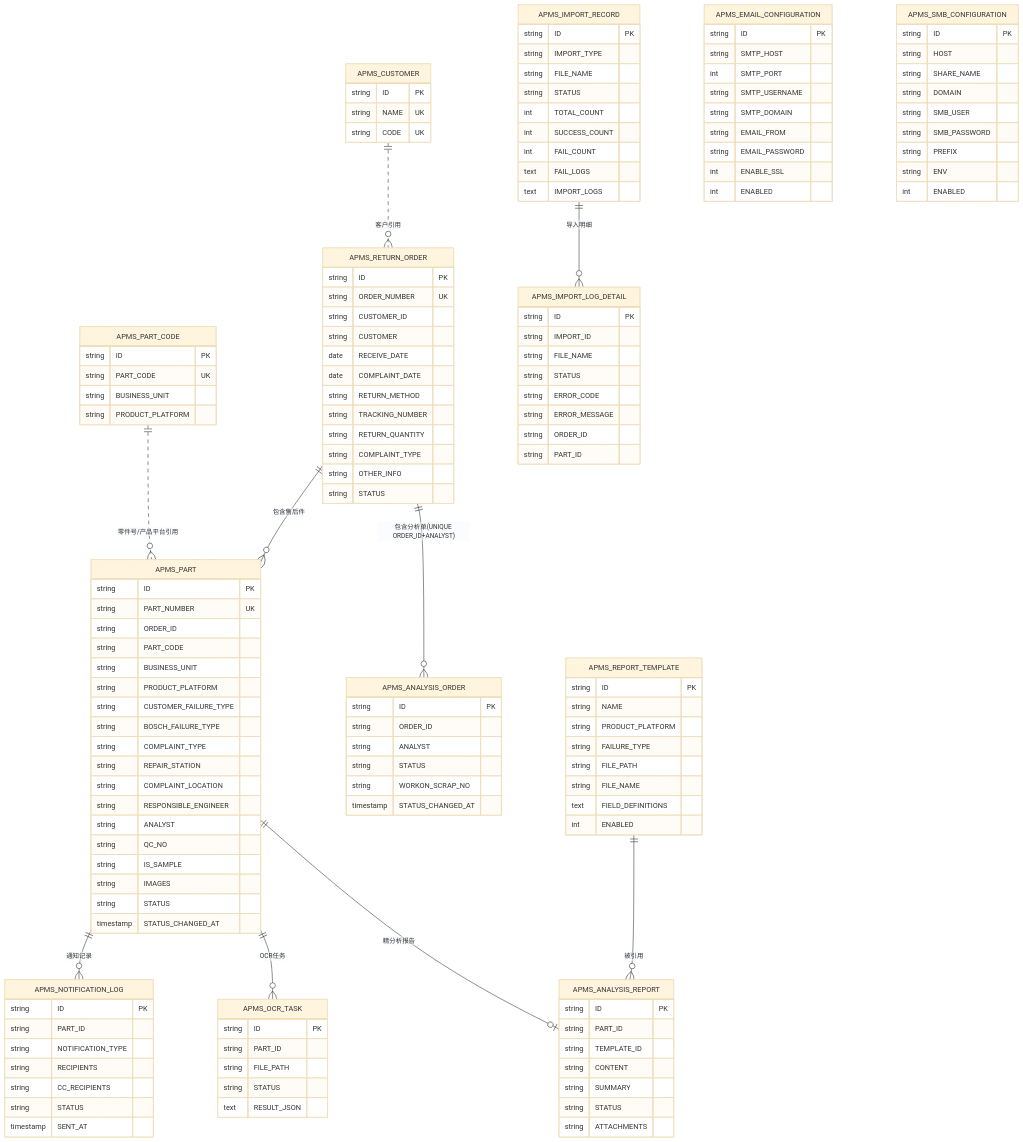
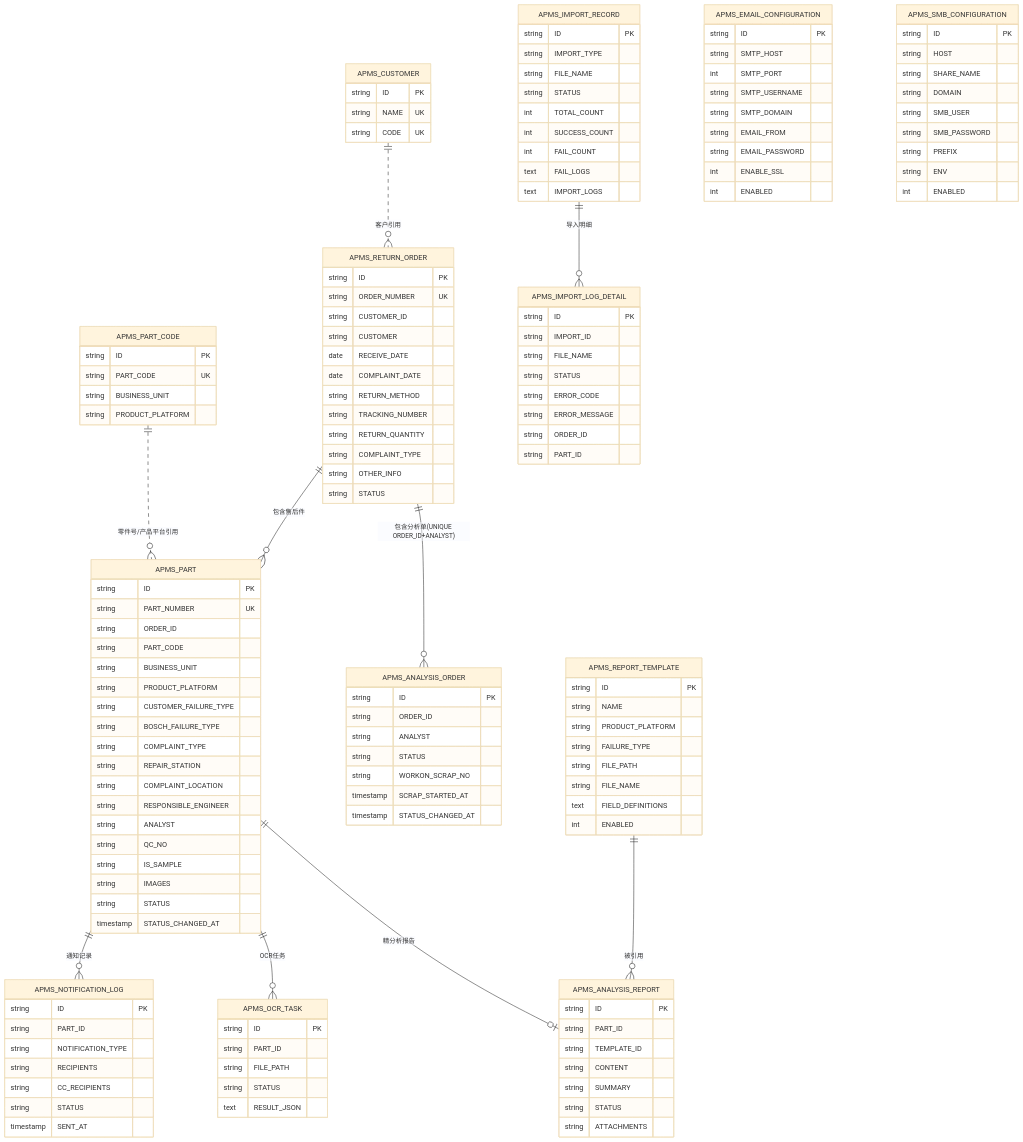
Before and after one commit to xvfeiran/wfam-doc: diagram 16 of 16 in 01-设计文档/开发设计文档.md, drawn with Mermaid (base theme). The commit also changed other lines of this file and 1 other file, not shown here.

```diff
--- a/01-设计文档/开发设计文档.md
+++ b/01-设计文档/开发设计文档.md
@@ -1374,6 +1374,7 @@
         string ANALYST
         string STATUS
         string WORKON_SCRAP_NO
+        timestamp SCRAP_STARTED_AT
         timestamp STATUS_CHANGED_AT
     }
     APMS_ANALYSIS_REPORT {
```
